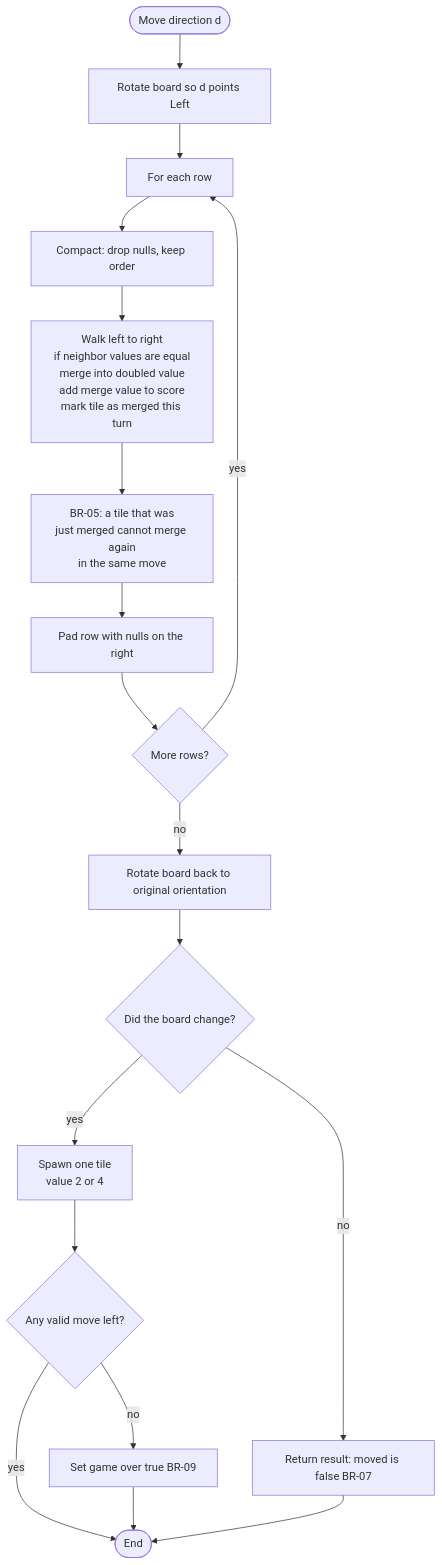
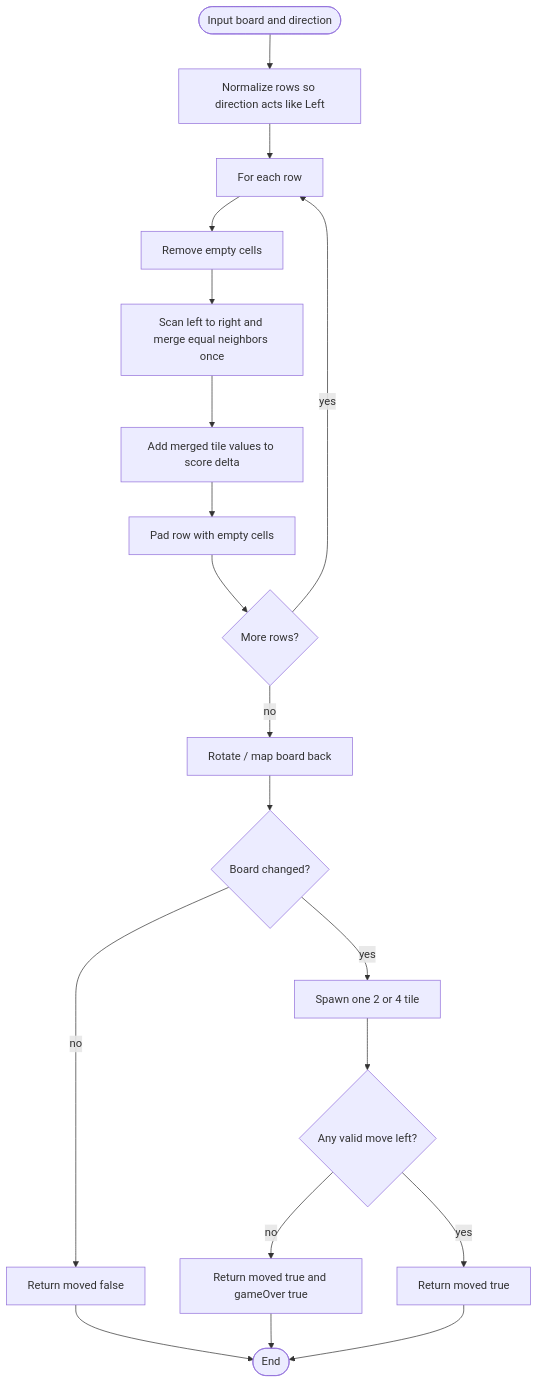
One commit to LeThaiAn15112004/2048-Infinity-Merge changed the sixth of 6 diagrams in Docs/software_design.md. Above: the diagram before and after it, drawn with Mermaid. The commit also changed other lines of this file and 56 other files, not shown here.

````diff
--- a/Docs/software_design.md
+++ b/Docs/software_design.md
@@ -326,21 +294,21 @@
 ```mermaid
 flowchart TD
-    Start([Move direction d]) --> Rot["Rotate board so d points Left"]
-    Rot --> ForRow[For each row]
-    ForRow --> Compact[Compact: drop nulls, keep order]
-    Compact --> Pass["Walk left to right<br/>if neighbor values are equal<br/>merge into doubled value<br/>add merge value to score<br/>mark tile as merged this turn"]
-    Pass --> Note["BR-05: a tile that was<br/>just merged cannot merge again<br/>in the same move"]
-    Note --> Pad[Pad row with nulls on the right]
-    Pad --> NextRow{More rows?}
-    NextRow -- yes --> ForRow
-    NextRow -- no --> RotBack[Rotate board back to original orientation]
-    RotBack --> Compare{Did the board change?}
-    Compare -- no --> Invalid["Return result: moved is false BR-07"]
-    Compare -- yes --> Spawn["Spawn one tile<br/>value 2 or 4"]
-    Spawn --> CheckOver{Any valid move left?}
-    CheckOver -- no --> Over["Set game over true BR-09"]
-    CheckOver -- yes --> Done[Return MoveResult]
-    Over --> Done
-    Invalid --> Done
-    Done([End])
+    Start([Input board and direction]) --> Normalize["Normalize rows so direction acts like Left"]
+    Normalize --> RowLoop["For each row"]
+    RowLoop --> Compact["Remove empty cells"]
+    Compact --> Merge["Scan left to right and merge equal neighbors once"]
+    Merge --> Score["Add merged tile values to score delta"]
+    Score --> Pad["Pad row with empty cells"]
+    Pad --> More{More rows?}
+    More -- yes --> RowLoop
+    More -- no --> Denormalize["Rotate / map board back"]
+    Denormalize --> Changed{Board changed?}
+    Changed -- no --> Invalid["Return moved false"]
+    Changed -- yes --> Spawn["Spawn one 2 or 4 tile"]
+    Spawn --> GameOver{Any valid move left?}
+    GameOver -- no --> DoneOver["Return moved true and gameOver true"]
+    GameOver -- yes --> Done["Return moved true"]
+    Invalid --> End([End])
+    DoneOver --> End
+    Done --> End
 ```
````
